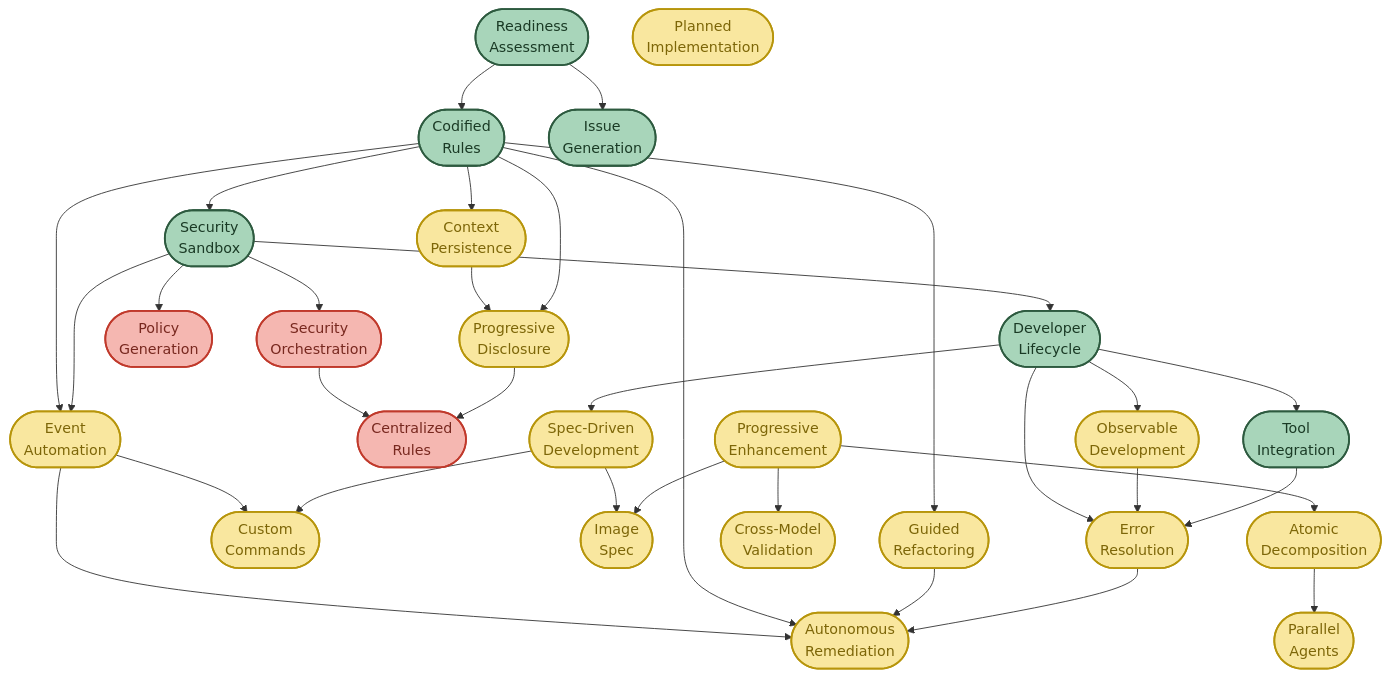
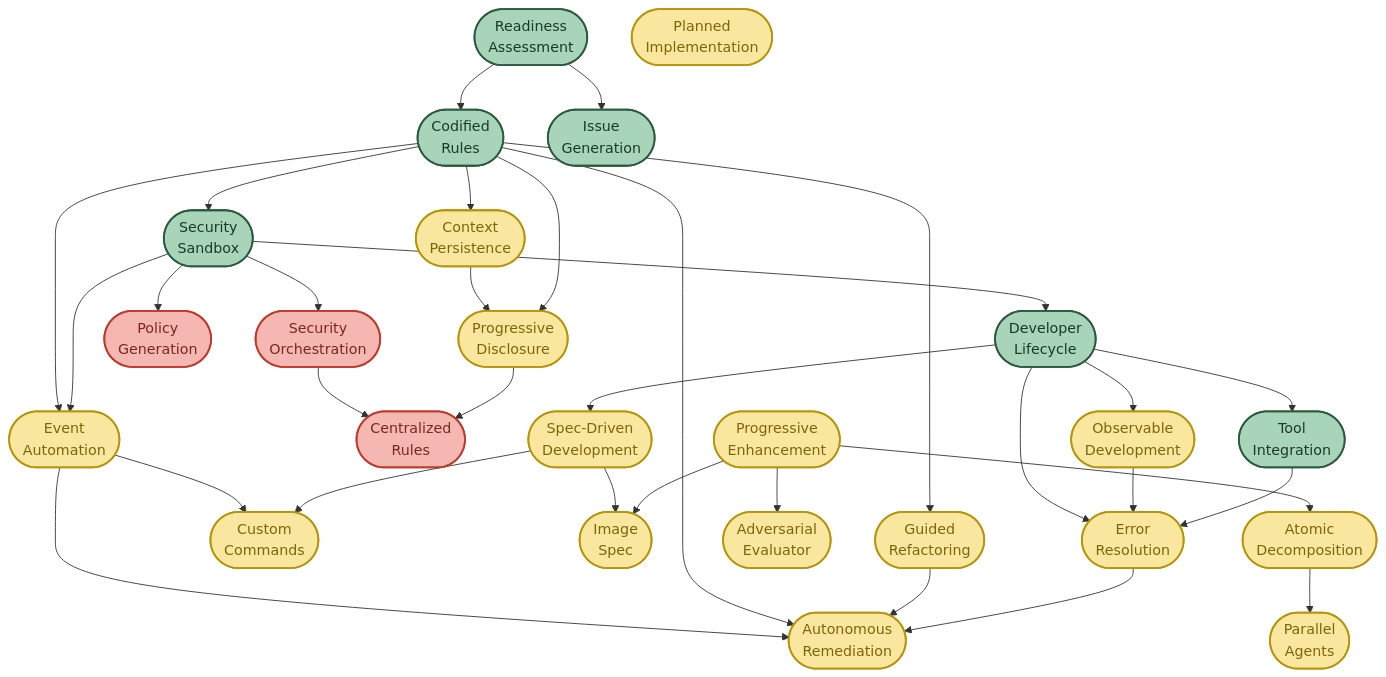
Before and after one commit to PaulDuvall/ai-development-patterns: the first of 17 diagrams in README.md, drawn with Mermaid. The commit also changed other lines of this file and 5 other files, not shown here.

First line of the commit message:
refactor(patterns): reframe Cross-Model Validation as Adversarial Evaluator

````diff
--- a/README.md
+++ b/README.md
@@ -14,79 +14,79 @@
 ```mermaid
 graph TB
     %% ROW 1: Foundation start (left to right)
     RA([Readiness<br/>Assessment]) --> CR([Codified<br/>Rules])
     CR --> SS([Security<br/>Sandbox])
     SS --> DL([Developer<br/>Lifecycle])
     DL --> TI([Tool<br/>Integration])
 
     %% ROW 2: Operations & branches (loops back)
     SS --> SO([Security<br/>Orchestration])
     SS --> PG([Policy<br/>Generation])
     SO --> CZR([Centralized<br/>Rules])
 
     %% ROW 3: Development patterns (flows forward again)
     DL --> OD([Observable<br/>Development])
     DL --> SD([Spec-Driven<br/>Development])
     CR --> GR([Guided<br/>Refactoring])
     CR --> CP([Context<br/>Persistence])
     RA --> IG([Issue<br/>Generation])
     CR --> EA([Event<br/>Automation])
     SS --> EA
     EA --> CC([Custom<br/>Commands])
     SD --> CC
     CP --> PD([Progressive<br/>Disclosure])
     CR --> PD
     SD --> IS([Image<br/>Spec])
     PD --> CZR
 
     %% ROW 4: Development chain
     PE([Progressive<br/>Enhancement]) --> AD([Atomic<br/>Decomposition])
     AD --> PA([Parallel<br/>Agents])
     PE --> IS
 
     %% ROW 5: Additional development patterns
-    PE --> CMV([Cross-Model<br/>Validation])
+    PE --> AE([Adversarial<br/>Evaluator])
     DL --> ER([Error<br/>Resolution])
     OD --> ER
     TI --> ER
     EA --> AR([Autonomous<br/>Remediation])
     CR --> AR
     GR --> AR
     ER --> AR
     PI([Planned<br/>Implementation])
 
     %% STYLING
     classDef foundation fill:#a8d5ba,stroke:#2d5a3f,stroke-width:2px,color:#1a3a25
     classDef development fill:#f9e79f,stroke:#b7950b,stroke-width:2px,color:#7d6608
     classDef operations fill:#f5b7b1,stroke:#c0392b,stroke-width:2px,color:#78281f
 
     class RA,CR,SS,DL,TI,IG foundation
-    class PE,SD,AD,PA,OD,GR,EA,CC,PD,IS,CP,CMV,ER,PI,AR development
+    class PE,SD,AD,PA,OD,GR,EA,CC,PD,IS,CP,AE,ER,PI,AR development
     class PG,SO,CZR operations
 
     %% CLICKABLE LINKS
     click RA "https://github.com/PaulDuvall/ai-development-patterns#readiness-assessment"
     click CR "https://github.com/PaulDuvall/ai-development-patterns#codified-rules"
     click SS "https://github.com/PaulDuvall/ai-development-patterns#security-sandbox"
     click DL "https://github.com/PaulDuvall/ai-development-patterns#developer-lifecycle"
     click TI "https://github.com/PaulDuvall/ai-development-patterns#tool-integration"
     click IG "https://github.com/PaulDuvall/ai-development-patterns#issue-generation"
     click CP "https://github.com/PaulDuvall/ai-development-patterns#context-persistence"
     click PE "https://github.com/PaulDuvall/ai-development-patterns#progressive-enhancement"
     click SD "https://github.com/PaulDuvall/ai-development-patterns#spec-driven-development"
     click AD "https://github.com/PaulDuvall/ai-development-patterns#atomic-decomposition"
     click PA "https://github.com/PaulDuvall/ai-development-patterns#parallel-agents"
     click OD "https://github.com/PaulDuvall/ai-development-patterns#observable-development"
     click GR "https://github.com/PaulDuvall/ai-development-patterns#guided-refactoring"
     click EA "https://github.com/PaulDuvall/ai-development-patterns#event-automation"
     click CC "https://github.com/PaulDuvall/ai-development-patterns#custom-commands"
     click PD "https://github.com/PaulDuvall/ai-development-patterns#progressive-disclosure"
     click IS "https://github.com/PaulDuvall/ai-development-patterns#image-spec"
     click PG "https://github.com/PaulDuvall/ai-development-patterns#policy-generation"
     click SO "https://github.com/PaulDuvall/ai-development-patterns#security-orchestration"
     click CZR "https://github.com/PaulDuvall/ai-development-patterns#centralized-rules"
     click PI "https://github.com/PaulDuvall/ai-development-patterns#planned-implementation"
-    click CMV "https://github.com/PaulDuvall/ai-development-patterns#cross-model-validation"
+    click AE "https://github.com/PaulDuvall/ai-development-patterns#adversarial-evaluator"
     click ER "https://github.com/PaulDuvall/ai-development-patterns#error-resolution"
     click AR "https://github.com/PaulDuvall/ai-development-patterns#autonomous-remediation"
 ```
````
